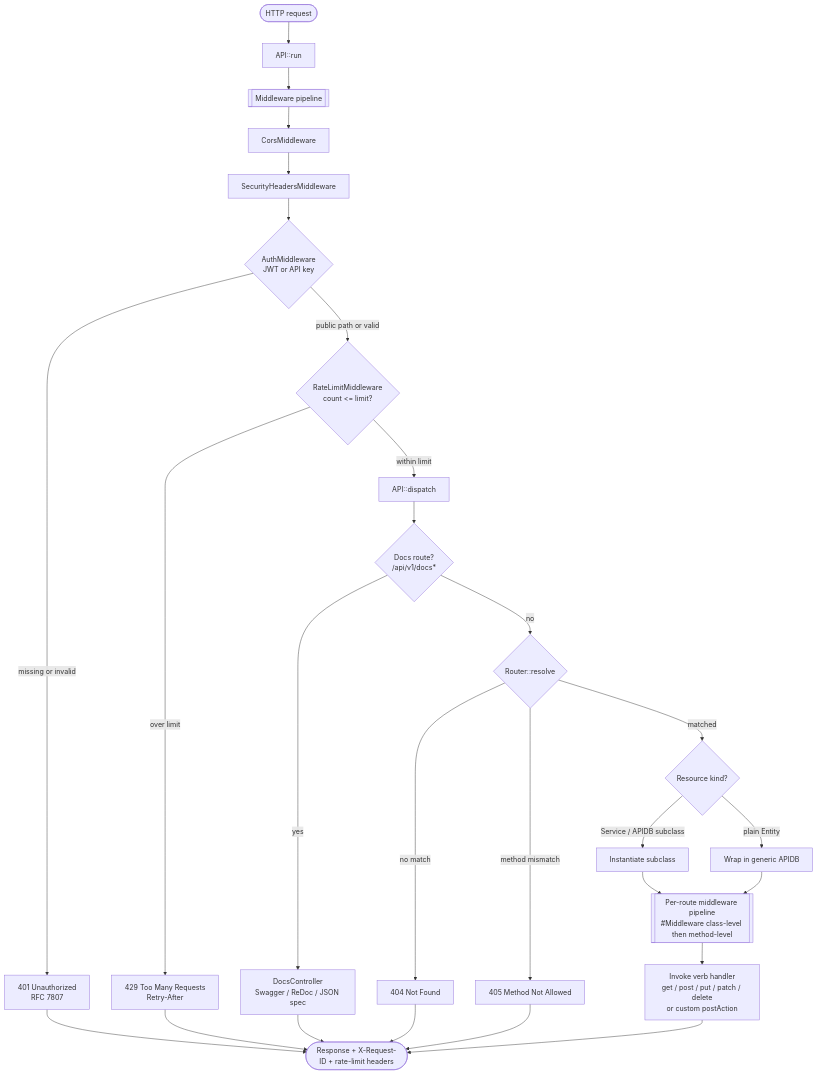
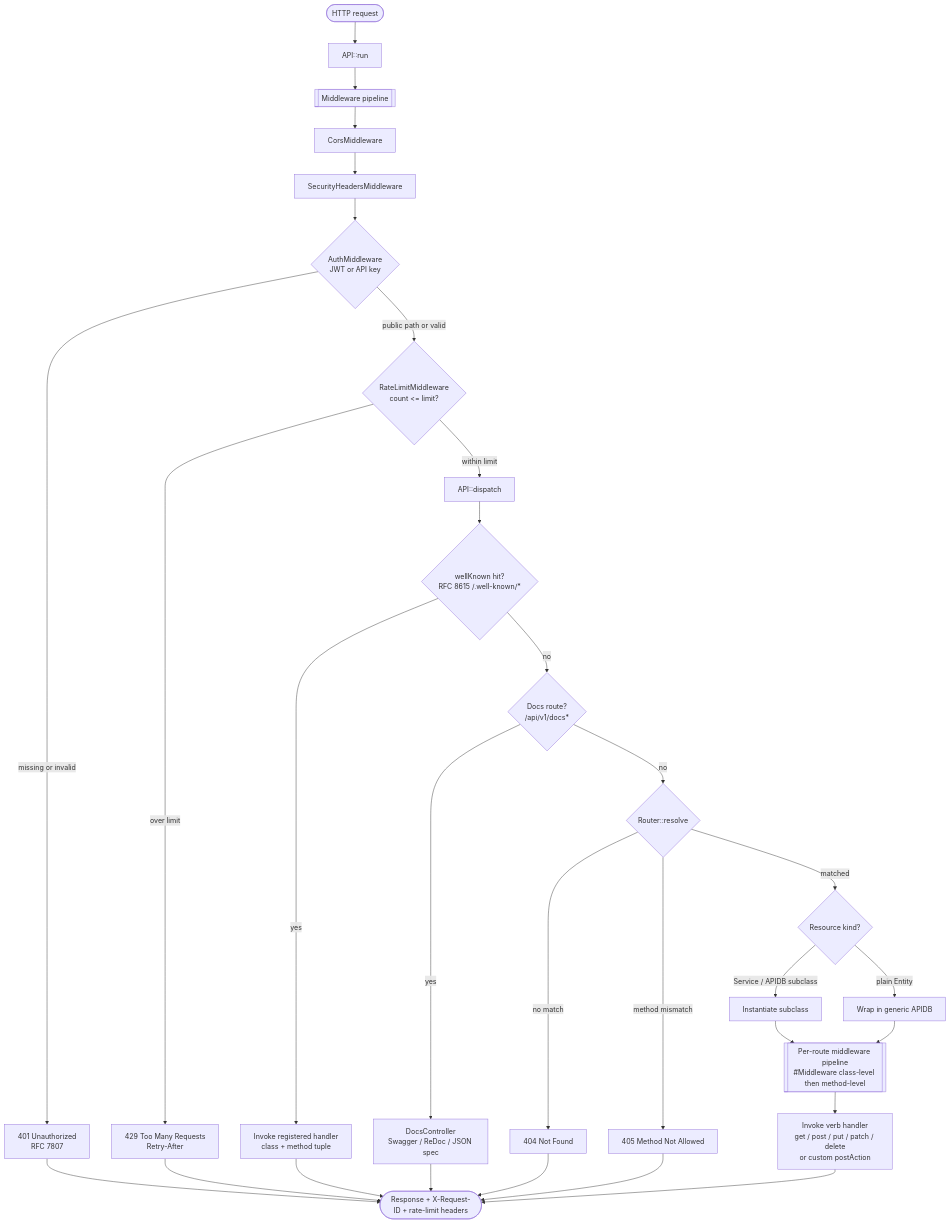
Before and after one commit to coagus/php-api-builder: the diagram in resources/docs/diagrams/request-lifecycle.md, drawn with Mermaid. The commit also changed other lines of this file and 2 other files, not shown here.

Commit message:
docs: well-known routes pattern (JWKS, OpenID Connect discovery)
Adds a user-facing Well-known routes section to README with the
canonical JWKS + OpenID Connect discovery example. Documents the new
dispatcher order — wellKnown lookup runs before docs and the apiPrefix
router — in the analysis doc (4.10 Sistema Dual) and in the request
lifecycle Mermaid diagram at resources/docs/diagrams/request-lifecycle.md
(new 'wellKnown hit?' decision node before 'Docs route?'). Clarifies
that well-known paths are intentionally absent from the auto-generated
OpenAPI spec.

Refs #4.

````diff
--- a/resources/docs/diagrams/request-lifecycle.md
+++ b/resources/docs/diagrams/request-lifecycle.md
@@ -3,29 +3,32 @@
 ```mermaid
 flowchart TD
     Start([HTTP request]) --> Entry[API::run]
     Entry --> Pipeline[[Middleware pipeline]]
     Pipeline --> CORS[CorsMiddleware]
     CORS --> Security[SecurityHeadersMiddleware]
     Security --> Auth{AuthMiddleware<br/>JWT or API key}
     Auth -- missing or invalid --> Err401[401 Unauthorized<br/>RFC 7807]
     Auth -- public path or valid --> Rate{RateLimitMiddleware<br/>count <= limit?}
     Rate -- over limit --> Err429[429 Too Many Requests<br/>Retry-After]
     Rate -- within limit --> Dispatch[API::dispatch]
-    Dispatch --> Docs{Docs route?<br/>/api/v1/docs*}
+    Dispatch --> WellKnown{wellKnown hit?<br/>RFC 8615 /.well-known/*}
+    WellKnown -- yes --> WellKnownHandler[Invoke registered handler<br/>class + method tuple]
+    WellKnown -- no --> Docs{Docs route?<br/>/api/v1/docs*}
     Docs -- yes --> DocsCtrl[DocsController<br/>Swagger / ReDoc / JSON spec]
     Docs -- no --> Route{Router::resolve}
     Route -- no match --> Err404[404 Not Found]
     Route -- method mismatch --> Err405[405 Method Not Allowed]
     Route -- matched --> Kind{Resource kind?}
     Kind -- Service / APIDB subclass --> Handler[Instantiate subclass]
     Kind -- plain Entity --> Wrap[Wrap in generic APIDB]
     Handler --> RouteMW[[Per-route middleware pipeline<br/>#Middleware class-level then method-level]]
     Wrap --> RouteMW
     RouteMW --> Invoke[Invoke verb handler<br/>get / post / put / patch / delete<br/>or custom postAction]
     Invoke --> Resp([Response + X-Request-ID + rate-limit headers])
+    WellKnownHandler --> Resp
     DocsCtrl --> Resp
     Err401 --> Resp
     Err404 --> Resp
     Err405 --> Resp
     Err429 --> Resp
 ```
````
